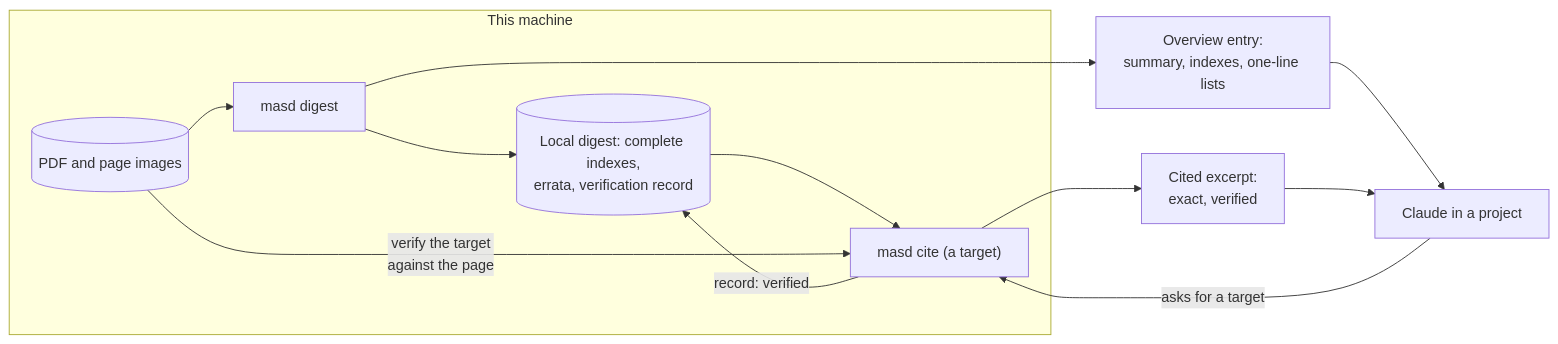
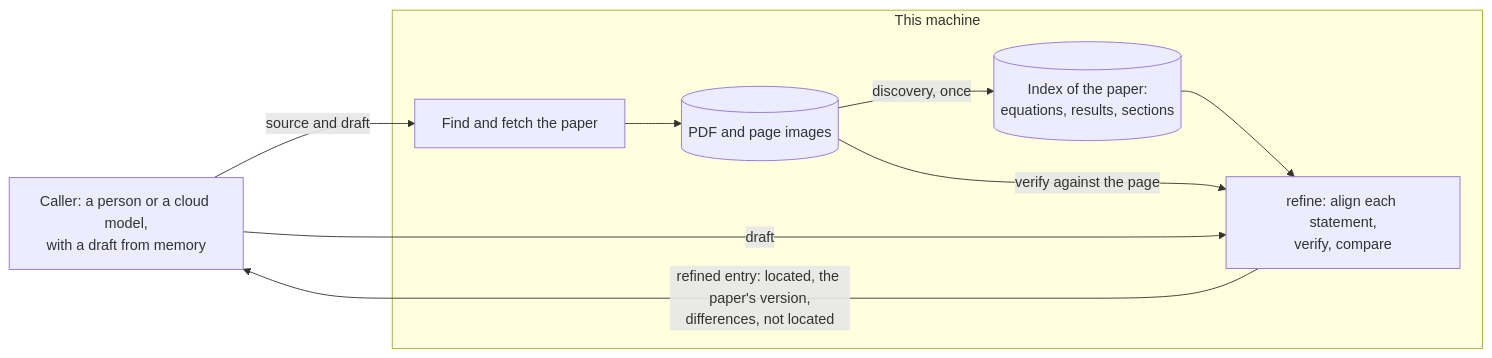
The first of 2 diagrams in planning/outputs.md (mdtisdall/math-aware-source-digest), drawn with Mermaid before and after one commit. The commit also changed other lines of this file, not shown here.

First line of the commit message:
Plan: rewrite the output specification around `refine`

````diff
--- a/planning/outputs.md
+++ b/planning/outputs.md
@@ -39,19 +85,17 @@
 ```mermaid
 flowchart LR
+    caller["Caller: a person or a cloud model,<br/>with a draft from memory"]
     subgraph local["This machine"]
+        resolve["Find and fetch the paper"]
         pdf[("PDF and page images")]
-        digest["masd digest"]
-        cite["masd cite (a target)"]
-        store[("Local digest: complete indexes,<br/>errata, verification record")]
-        pdf --> digest
-        digest --> store
-        store --> cite
-        pdf -->|"verify the target<br/>against the page"| cite
-        cite -->|"record: verified"| store
+        index[("Index of the paper:<br/>equations, results, sections")]
+        refine["refine: align each statement,<br/>verify, compare"]
+        resolve --> pdf
+        pdf -->|"discovery, once"| index
+        index --> refine
+        pdf -->|"verify against the page"| refine
     end
-    digest --> overview["Overview entry:<br/>summary, indexes, one-line lists"]
-    cite --> excerpt["Cited excerpt:<br/>exact, verified"]
-    overview --> claude["Claude in a project"]
-    excerpt --> claude
-    claude -->|"asks for a target"| cite
+    caller -->|"source and draft"| resolve
+    caller -->|"draft"| refine
+    refine -->|"refined entry: located, the paper's version,<br/>differences, not located"| caller
 ```
````
